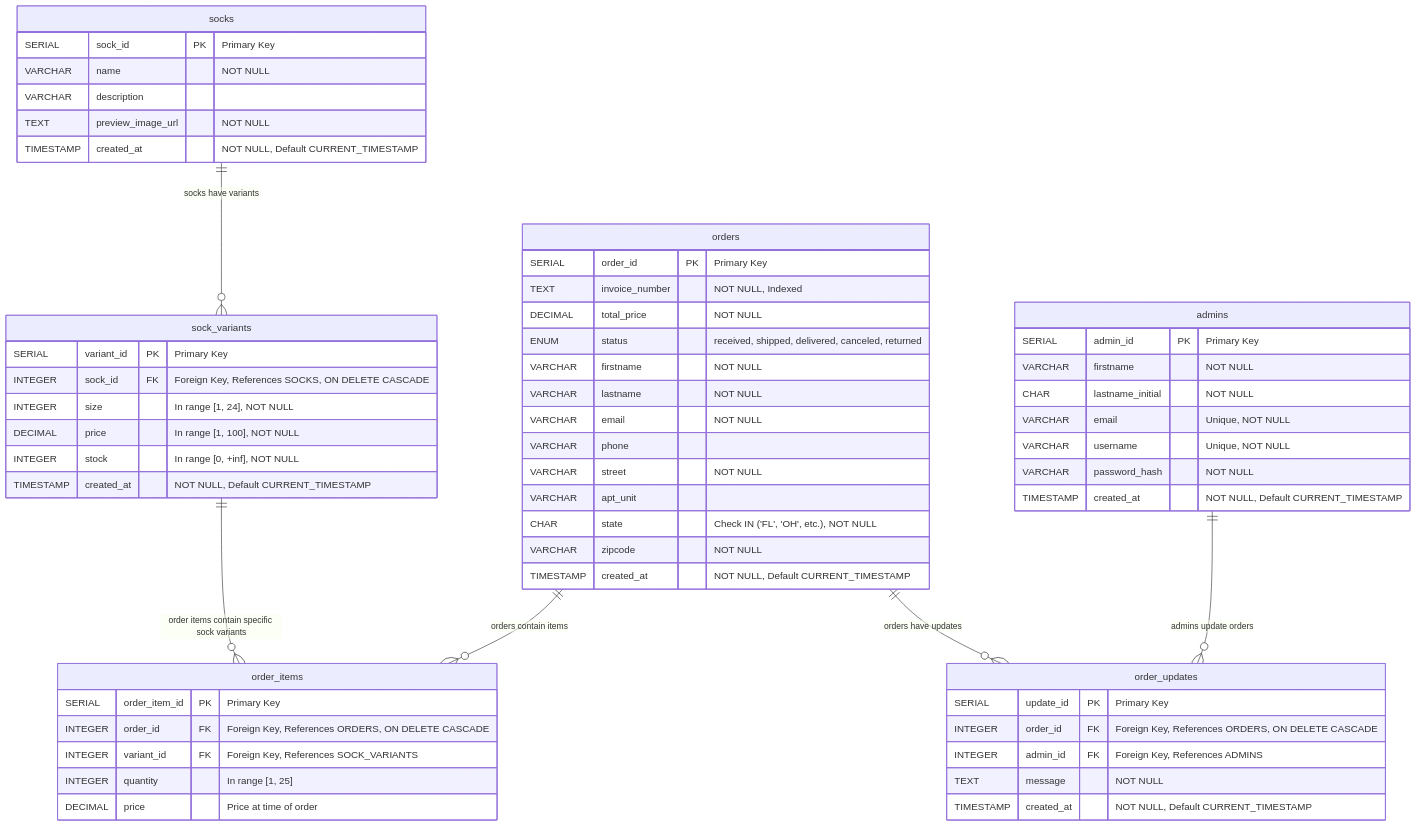
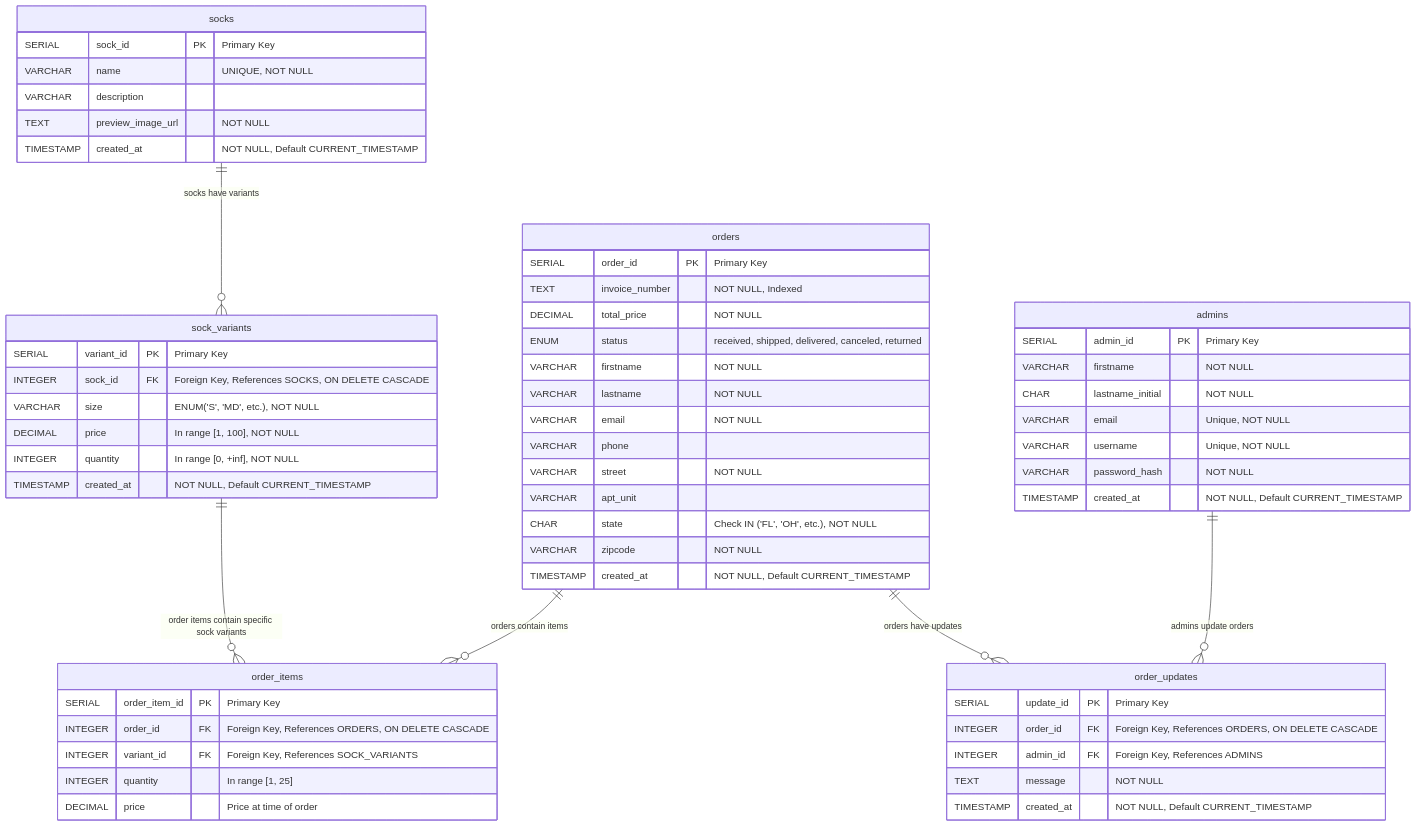
Before and after one commit to sockify/sockify: the diagram in docs/planning/entity_relationship_diagram.md, drawn with Mermaid. The commit also changed 39 other files, not shown here.

````diff
--- a/docs/planning/entity_relationship_diagram.md
+++ b/docs/planning/entity_relationship_diagram.md
@@ -3,67 +3,67 @@
 ```mermaid
 erDiagram
     admins {
         SERIAL admin_id PK "Primary Key"
         VARCHAR firstname "NOT NULL"
         CHAR lastname_initial "NOT NULL"
         VARCHAR email "Unique, NOT NULL"
         VARCHAR username "Unique, NOT NULL"
         VARCHAR password_hash "NOT NULL"
         TIMESTAMP created_at "NOT NULL, Default CURRENT_TIMESTAMP"
     }
 
     socks {
         SERIAL sock_id PK "Primary Key"
-        VARCHAR name "NOT NULL"
+        VARCHAR name "UNIQUE, NOT NULL"
         VARCHAR description
         TEXT preview_image_url "NOT NULL"
         TIMESTAMP created_at "NOT NULL, Default CURRENT_TIMESTAMP"
     }
 
     sock_variants {
         SERIAL variant_id PK "Primary Key"
         INTEGER sock_id FK "Foreign Key, References SOCKS, ON DELETE CASCADE"
-        INTEGER size "In range [1, 24], NOT NULL"
+        VARCHAR size "ENUM('S', 'MD', etc.), NOT NULL"
         DECIMAL price "In range [1, 100], NOT NULL"
-        INTEGER stock "In range [0, +inf], NOT NULL"
+        INTEGER quantity "In range [0, +inf], NOT NULL"
         TIMESTAMP created_at "NOT NULL, Default CURRENT_TIMESTAMP"
     }
 
     orders {
         SERIAL order_id PK "Primary Key"
         TEXT invoice_number "NOT NULL, Indexed"
         DECIMAL total_price "NOT NULL"
         ENUM status "received, shipped, delivered, canceled, returned"
         VARCHAR firstname "NOT NULL"
         VARCHAR lastname "NOT NULL"
         VARCHAR email "NOT NULL"
         VARCHAR phone
         VARCHAR street "NOT NULL"
         VARCHAR apt_unit
         CHAR state "Check IN ('FL', 'OH', etc.), NOT NULL"
         VARCHAR zipcode "NOT NULL"
         TIMESTAMP created_at "NOT NULL, Default CURRENT_TIMESTAMP"
     }
 
     order_items {
         SERIAL order_item_id PK "Primary Key"
         INTEGER order_id FK "Foreign Key, References ORDERS, ON DELETE CASCADE"
         INTEGER variant_id FK "Foreign Key, References SOCK_VARIANTS"
         INTEGER quantity "In range [1, 25]"
         DECIMAL price "Price at time of order"
     }
 
     order_updates {
         SERIAL update_id PK "Primary Key"
         INTEGER order_id FK "Foreign Key, References ORDERS, ON DELETE CASCADE"
         INTEGER admin_id FK "Foreign Key, References ADMINS"
         TEXT message "NOT NULL"
         TIMESTAMP created_at "NOT NULL, Default CURRENT_TIMESTAMP"
     }
 
     socks ||--o{ sock_variants : "socks have variants"
     orders ||--o{ order_items : "orders contain items"
     sock_variants ||--o{ order_items : "order items contain specific sock variants"
     admins ||--o{ order_updates : "admins update orders"
     orders ||--o{ order_updates : "orders have updates"
 ```
````
